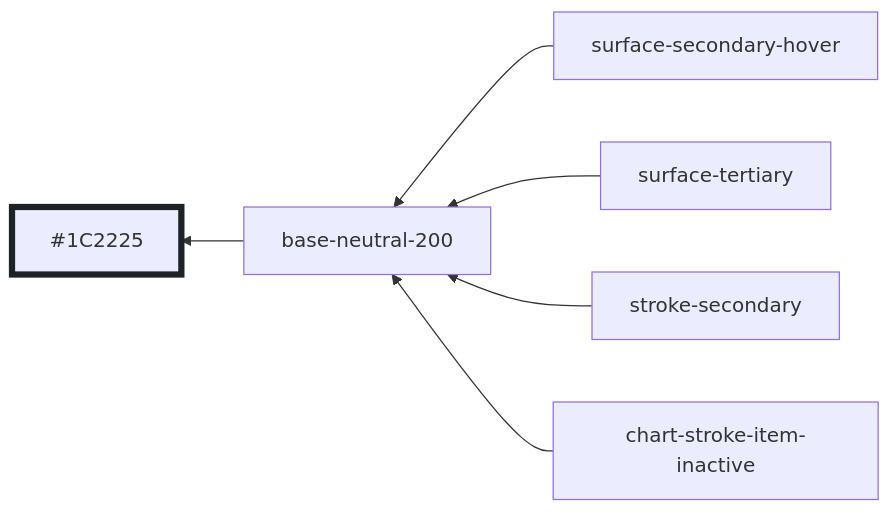
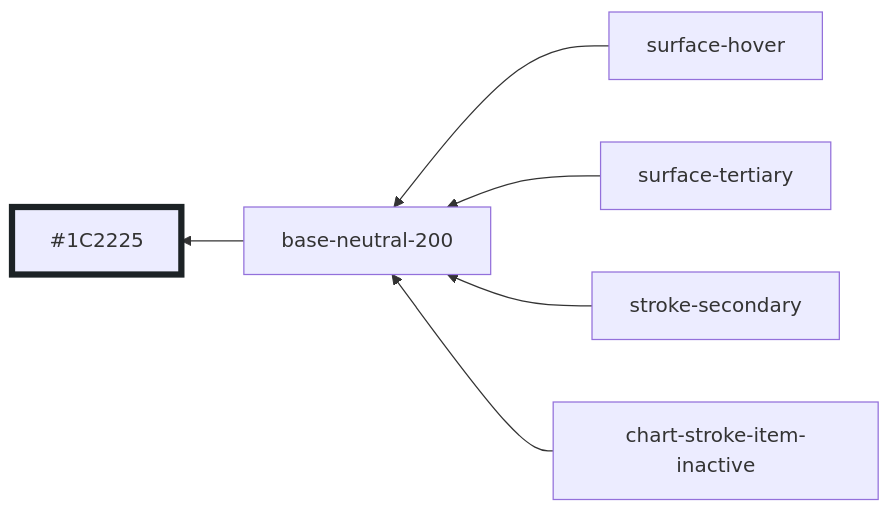
One commit to oxidecomputer/design-system changed diagram 44 of 51 in styles/dist/blue.md. Above: the diagram before and after it, drawn with Mermaid. The commit also changed other lines of this file and 8 other files, not shown here.

````diff
--- a/styles/dist/blue.md
+++ b/styles/dist/blue.md
@@ -514,10 +512,10 @@
 ```mermaid
 graph RL
   base-neutral-200 --> #1C2225:::base-neutral-200
-  surface-secondary-hover --> base-neutral-200
+  surface-hover --> base-neutral-200
   surface-tertiary --> base-neutral-200
   stroke-secondary --> base-neutral-200
   chart-stroke-item-inactive --> base-neutral-200
 
 	classDef base-neutral-200 stroke-width:5,stroke:#1C2225
 ```
````
